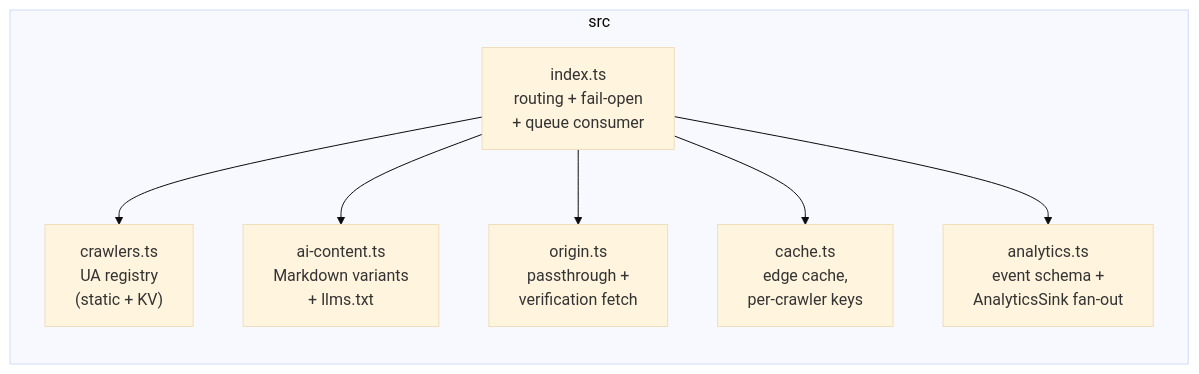
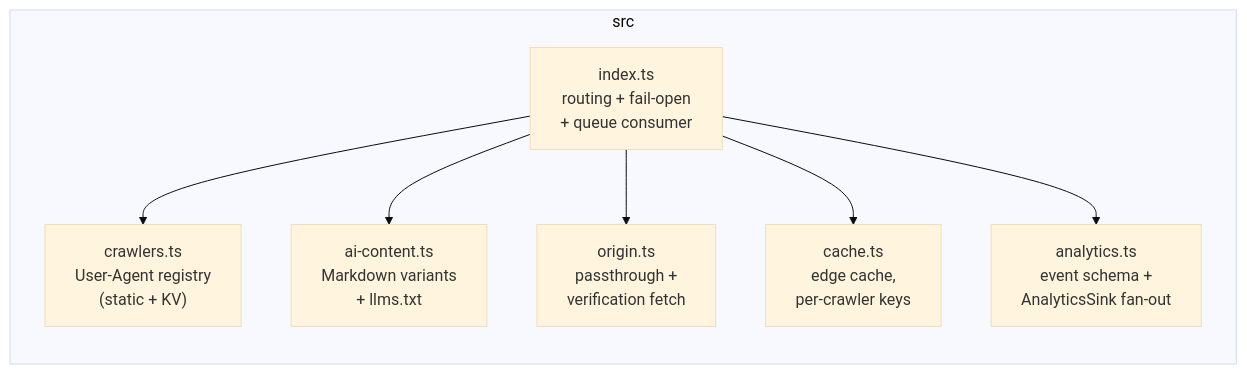
Before and after one commit to michelle-temp/AI-Crawler: the second of 2 diagrams in ARCHITECTURE.md, drawn with Mermaid (base theme). The commit also changed other lines of this file and 1 other file, not shown here.

````diff
--- a/ARCHITECTURE.md
+++ b/ARCHITECTURE.md
@@ -67,12 +42,12 @@
 ```mermaid
 flowchart LR
     subgraph src
         I["index.ts<br/>routing + fail-open<br/>+ queue consumer"]
-        CR["crawlers.ts<br/>UA registry<br/>(static + KV)"]
+        CR["crawlers.ts<br/>User-Agent registry<br/>(static + KV)"]
         AC["ai-content.ts<br/>Markdown variants<br/>+ llms.txt"]
         OR["origin.ts<br/>passthrough +<br/>verification fetch"]
         CA["cache.ts<br/>edge cache,<br/>per-crawler keys"]
         AN["analytics.ts<br/>event schema +<br/>AnalyticsSink fan-out"]
     end
     I --> CR & AC & OR & CA & AN
 ```
````
